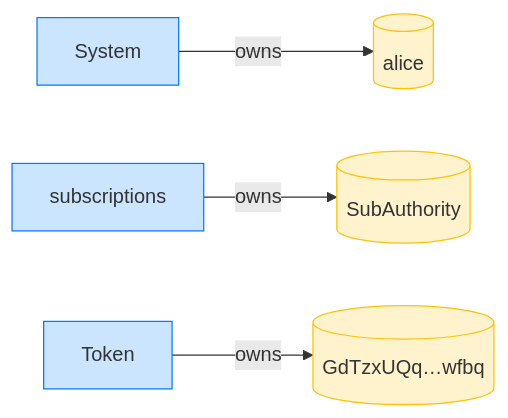
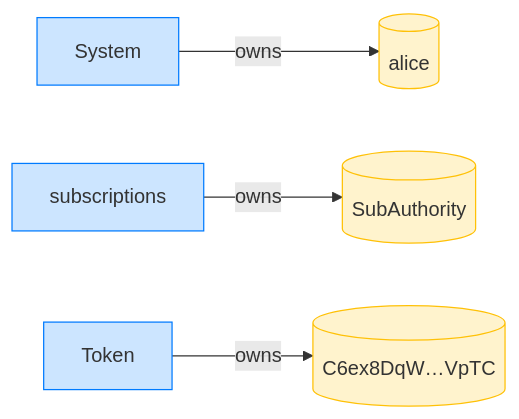
Before and after one commit to cds-rs/subscriptions: the fourth of 12 diagrams in dsl_tests/a-sponsor-cannot-revoke-an-active-subscription.md, drawn with Mermaid. The commit also changed other lines of this file and 224 other files, not shown here.

````diff
--- a/dsl_tests/a-sponsor-cannot-revoke-an-active-subscription.md
+++ b/dsl_tests/a-sponsor-cannot-revoke-an-active-subscription.md
@@ -73,14 +78,14 @@
 ```mermaid
 flowchart LR
     classDef owner fill:#cce5ff,stroke:#007bff;
     classDef account fill:#fff3cd,stroke:#ffc107;
     System[System]:::owner
     alice[(alice)]:::account
     subscriptions[subscriptions]:::owner
     SubAuthority[(SubAuthority)]:::account
     Token[Token]:::owner
-    GdTzxUQq_wfbq[("GdTzxUQq…wfbq")]:::account
+    C6ex8DqW_VpTC[("C6ex8DqW…VpTC")]:::account
     System -->|owns| alice
     subscriptions -->|owns| SubAuthority
-    Token -->|owns| GdTzxUQq_wfbq
+    Token -->|owns| C6ex8DqW_VpTC
 ```
````
